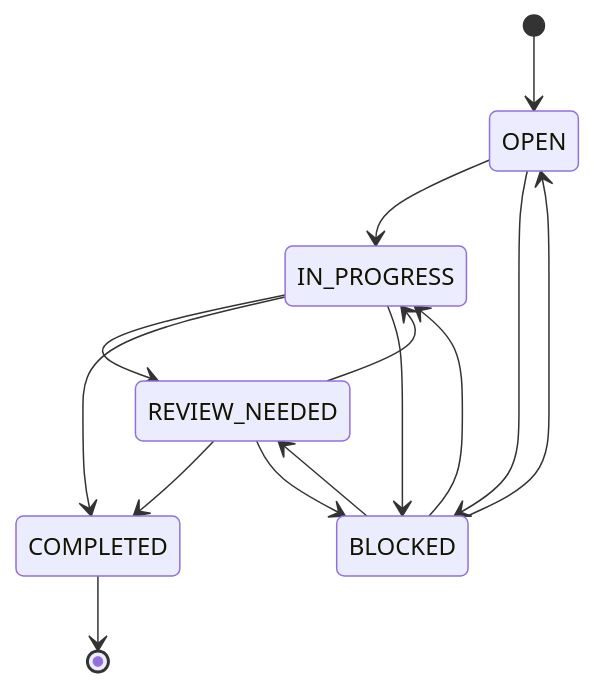
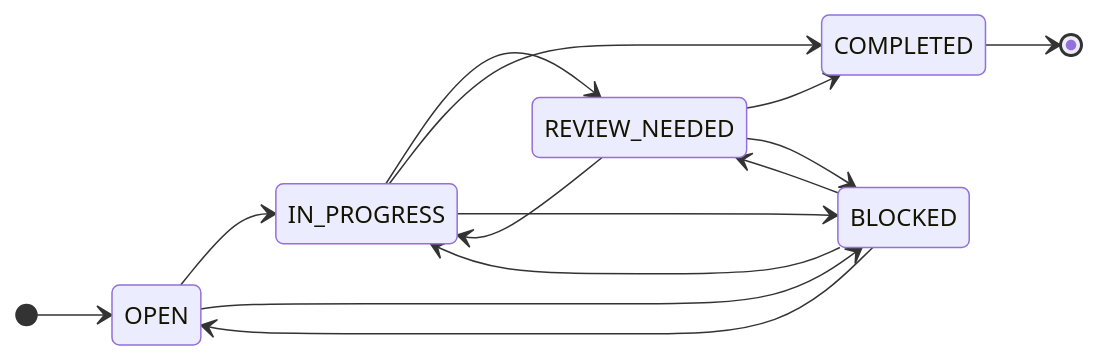
One commit to Navneet6050/Newtonie changed the fourth of 11 diagrams in README.md. Above: the diagram before and after it, drawn with Mermaid. The commit also changed other lines of this file and 2 other files, not shown here.

Commit message:
docs: refine project and architecture documentation

````diff
--- a/README.md
+++ b/README.md
@@ -214,16 +209,17 @@
 ```mermaid
 stateDiagram-v2
+    direction LR
     [*] --> OPEN
     OPEN --> IN_PROGRESS
     OPEN --> BLOCKED
     IN_PROGRESS --> REVIEW_NEEDED
     IN_PROGRESS --> COMPLETED
     IN_PROGRESS --> BLOCKED
     REVIEW_NEEDED --> IN_PROGRESS
     REVIEW_NEEDED --> COMPLETED
     REVIEW_NEEDED --> BLOCKED
     BLOCKED --> OPEN
     BLOCKED --> IN_PROGRESS
     BLOCKED --> REVIEW_NEEDED
     COMPLETED --> [*]
 ```
````
